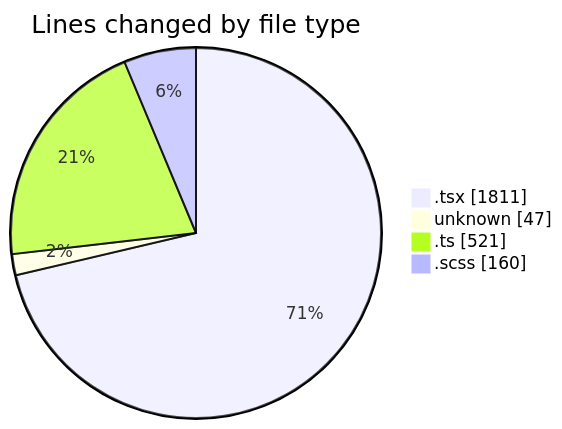
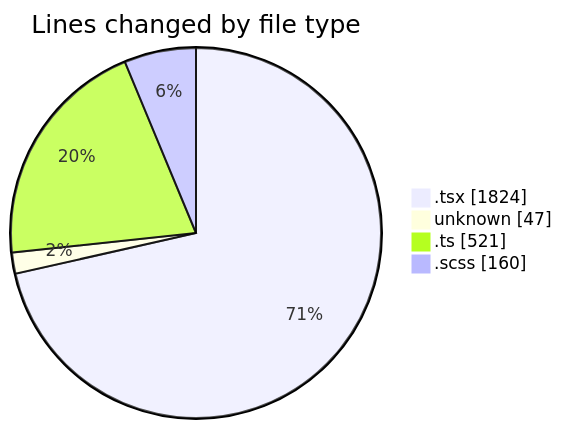
One commit to momahboobian/code-tracking changed the first of 2 diagrams in 2025-09-18/cda/README.md. Above: the diagram before and after it, drawn with Mermaid. The commit also changed other lines of this file and 1 other file, not shown here.

````diff
--- a/2025-09-18/cda/README.md
+++ b/2025-09-18/cda/README.md
@@ -25,8 +25,8 @@
 ```mermaid
 pie showData
 title Lines changed by file type
-".tsx" : 1811
+".tsx" : 1824
 "unknown" : 47
 ".ts" : 521
 ".scss" : 160
 ```
````
